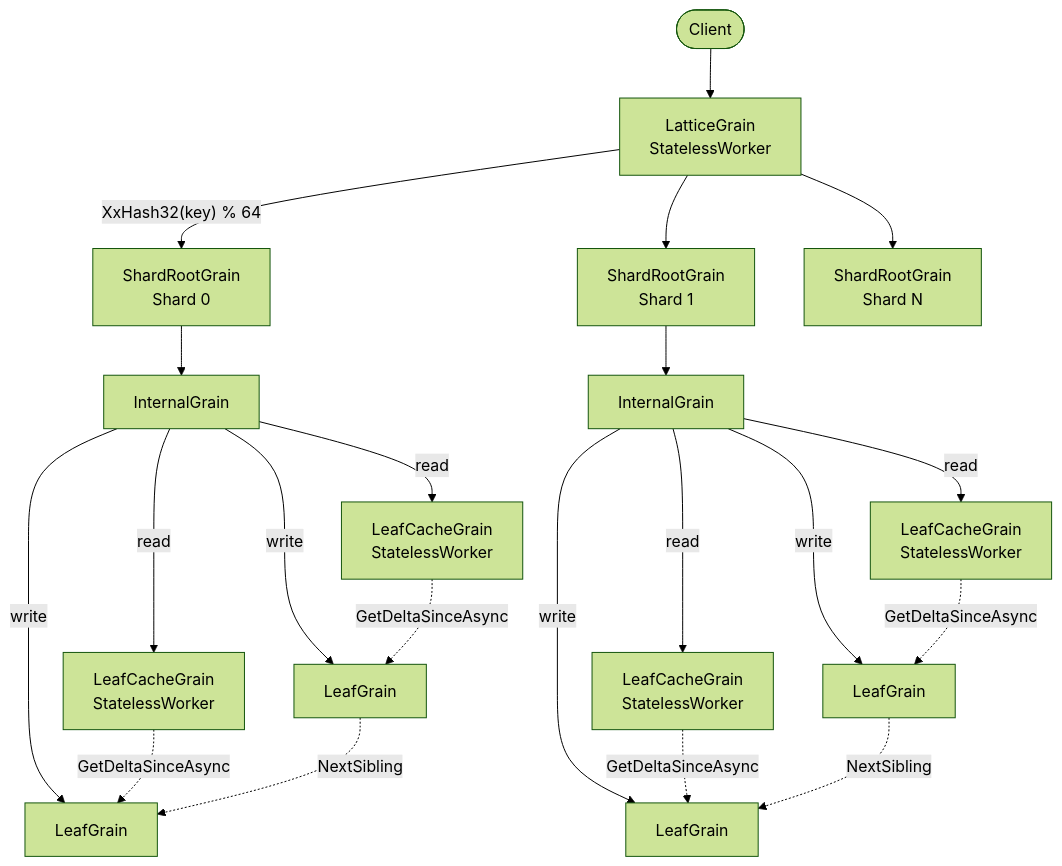
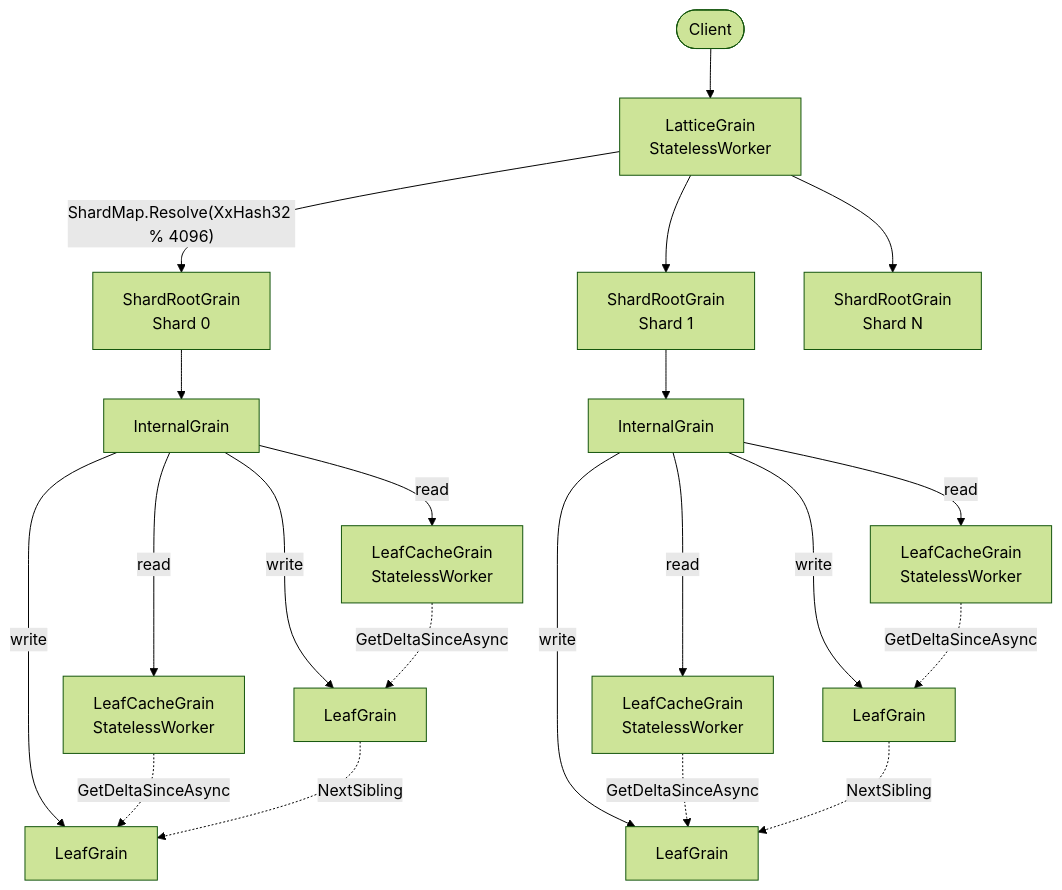
Before and after one commit to NSTA1/Orleans.Lattice: the first of 3 diagrams in docs/architecture.md, drawn with Mermaid (forest theme). The commit also changed other lines of this file and 5 other files, not shown here.

````diff
--- a/docs/architecture.md
+++ b/docs/architecture.md
@@ -7,39 +7,39 @@
 ```mermaid
 flowchart TD
     Client([Client])
     SR[LatticeGrain<br/>StatelessWorker]
     S0[ShardRootGrain<br/>Shard 0]
     S1[ShardRootGrain<br/>Shard 1]
     SN[ShardRootGrain<br/>Shard N]
     I0[InternalGrain]
     I1[InternalGrain]
     C0[LeafCacheGrain<br/>StatelessWorker]
     C1[LeafCacheGrain<br/>StatelessWorker]
     C2[LeafCacheGrain<br/>StatelessWorker]
     C3[LeafCacheGrain<br/>StatelessWorker]
     L0[LeafGrain]
     L1[LeafGrain]
     L2[LeafGrain]
     L3[LeafGrain]
 
     Client --> SR
-    SR -->|"XxHash32(key) % 64"| S0
+    SR -->|"ShardMap.Resolve(XxHash32 % 4096)"| S0
     SR --> S1
     SR --> SN
     S0 --> I0
     S1 --> I1
     I0 -->|read| C0
     I0 -->|read| C1
     I1 -->|read| C2
     I1 -->|read| C3
     I0 -->|write| L0
     I0 -->|write| L1
     I1 -->|write| L2
     I1 -->|write| L3
     C0 -.->|"GetDeltaSinceAsync"| L0
     C1 -.->|"GetDeltaSinceAsync"| L1
     C2 -.->|"GetDeltaSinceAsync"| L2
     C3 -.->|"GetDeltaSinceAsync"| L3
     L0 -. "NextSibling" .-> L1
     L2 -. "NextSibling" .-> L3
 ```
````
